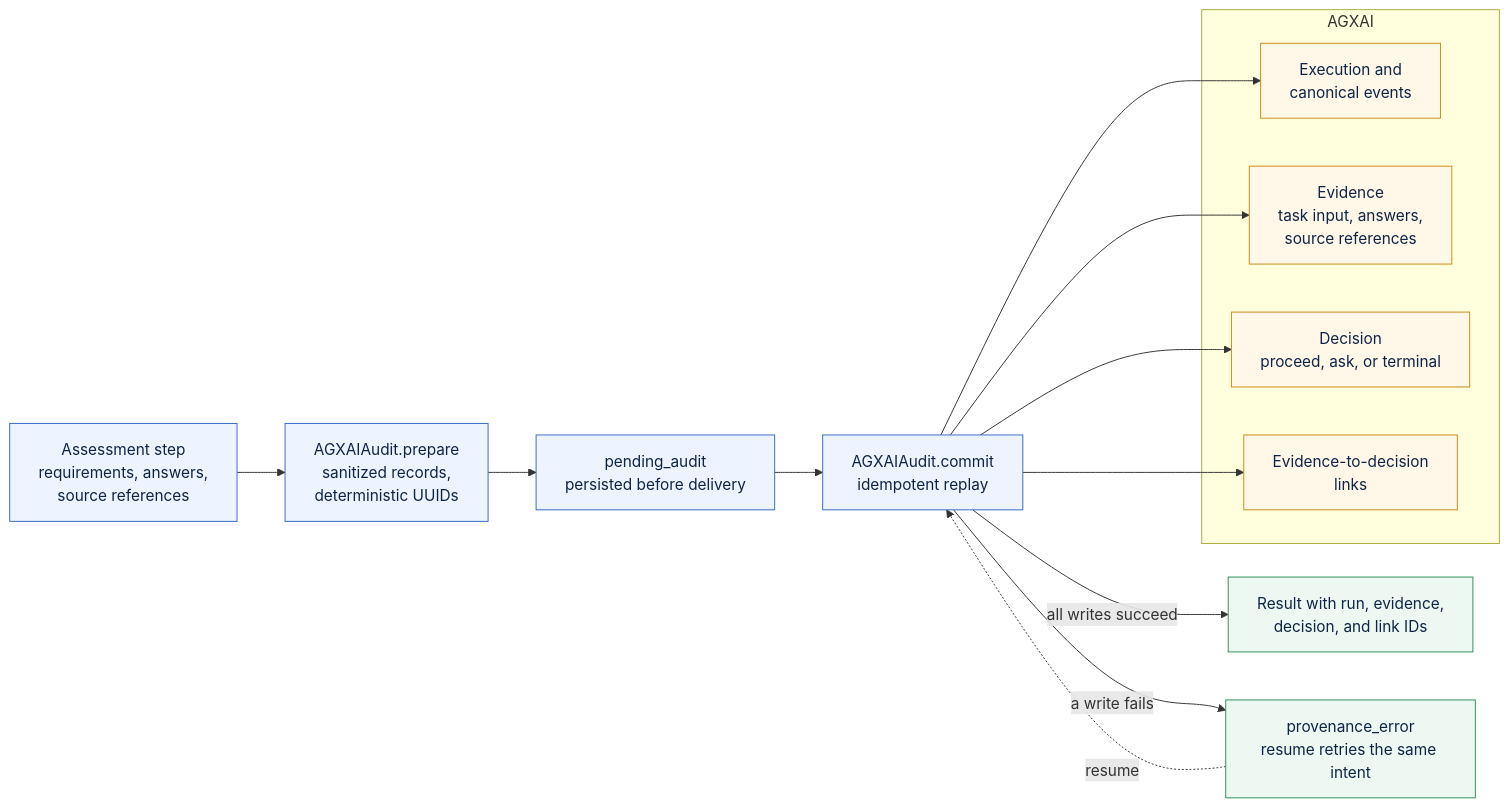
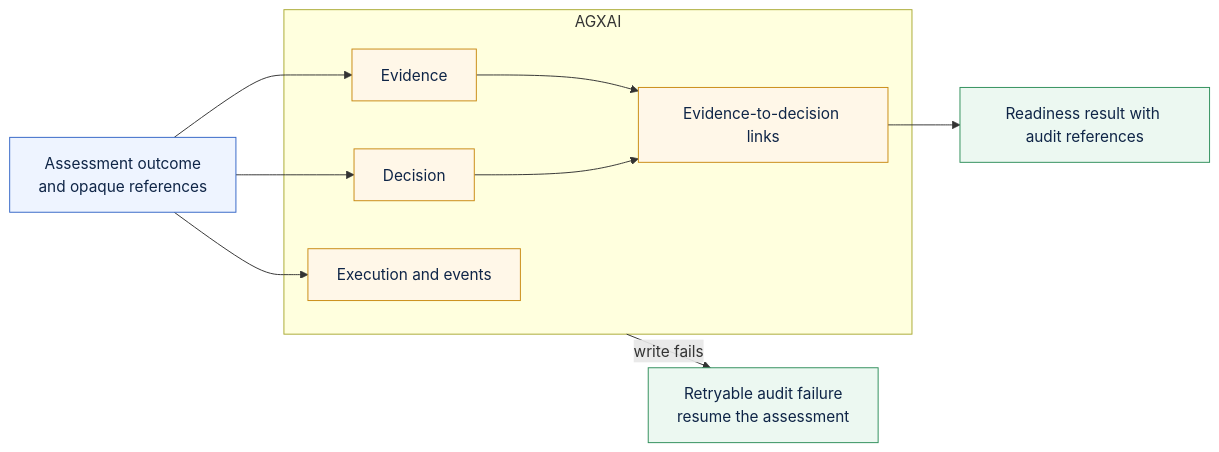
The diagram in diagrams/provenance-flow.mmd (smuniharish/sufficiency-engine), drawn with Mermaid before and after one commit. The commit also changed 32 other files, not shown here.

```diff
--- a/diagrams/provenance-flow.mmd
+++ b/diagrams/provenance-flow.mmd
@@ -1,27 +1,24 @@
 flowchart LR
     classDef core fill:#eef4ff,stroke:#3567c7,color:#0f2547
     classDef provider fill:#fff7e8,stroke:#c98a12,color:#0f2547
     classDef app fill:#ecf8f1,stroke:#2f8f5b,color:#0f2547
 
-    state["Assessment step<br/>requirements, answers,<br/>source references"]:::core
-    prepare["AGXAIAudit.prepare<br/>sanitized records,<br/>deterministic UUIDs"]:::core
-    intent["pending_audit<br/>persisted before delivery"]:::core
-    commit["AGXAIAudit.commit<br/>idempotent replay"]:::core
+    state["Assessment outcome<br/>and opaque references"]:::core
 
     subgraph AGXAI["AGXAI"]
-        execution["Execution and<br/>canonical events"]:::provider
-        evidence["Evidence<br/>task input, answers,<br/>source references"]:::provider
-        decision["Decision<br/>proceed, ask, or terminal"]:::provider
-        links["Evidence-to-decision<br/>links"]:::provider
+        execution["Execution and events"]:::provider
+        evidence["Evidence"]:::provider
+        decision["Decision"]:::provider
+        links["Evidence-to-decision links"]:::provider
     end
 
-    result["Result with run, evidence,<br/>decision, and link IDs"]:::app
-    retry["provenance_error<br/>resume retries the same intent"]:::app
+    result["Readiness result with audit references"]:::app
+    retry["Retryable audit failure<br/>resume the assessment"]:::app
 
-    state --> prepare --> intent --> commit
-    commit --> execution
-    commit --> evidence
-    commit --> decision
-    commit --> links
-    commit -- "all writes succeed" --> result
-    commit -- "a write fails" --> retry -. "resume" .-> commit
+    state --> execution
+    state --> evidence
+    state --> decision
+    evidence --> links
+    decision --> links
+    links --> result
+    AGXAI -- "write fails" --> retry
```
